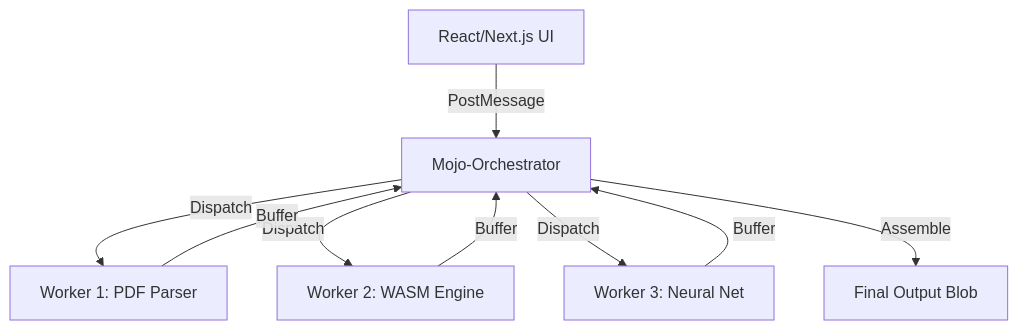
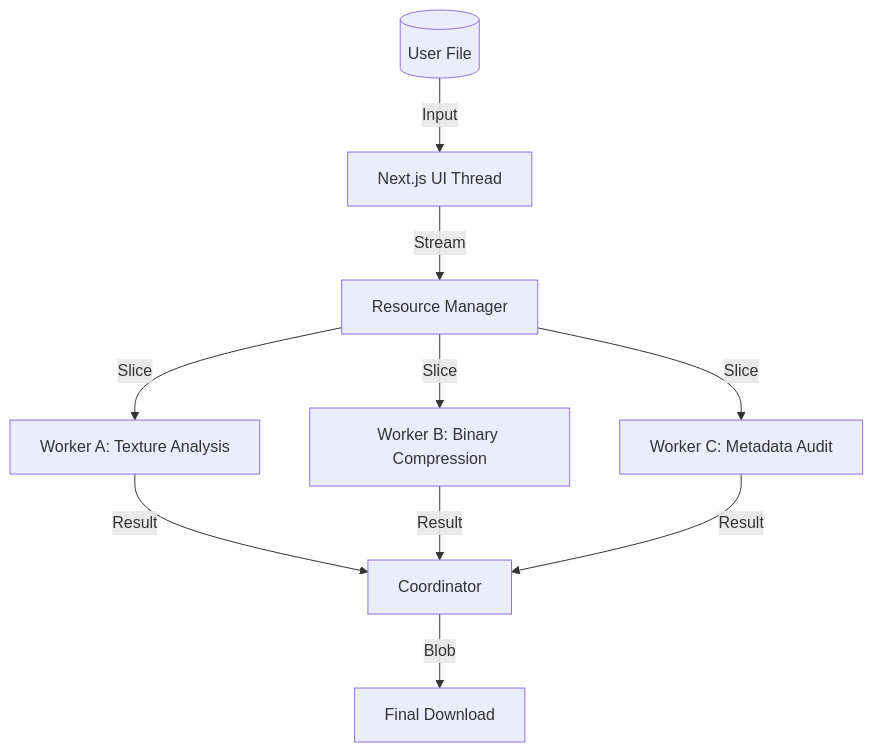
The diagram in README.md (maisachinsharmahu/mojodocs-public), drawn with Mermaid before and after one commit. The commit also changed other lines of this file, not shown here.

````diff
--- a/README.md
+++ b/README.md
@@ -43,11 +78,10 @@
 ```mermaid
 graph TD
-    UI[React/Next.js UI] -->|PostMessage| MQ[Mojo-Orchestrator]
-    MQ -->|Dispatch| W1[Worker 1: PDF Parser]
-    MQ -->|Dispatch| W2[Worker 2: WASM Engine]
-    MQ -->|Dispatch| W3[Worker 3: Neural Net]
-    W1 -->|Buffer| MQ
-    W2 -->|Buffer| MQ
-    W3 -->|Buffer| MQ
-    MQ -->|Assemble| Result[Final Output Blob]
+    User[(User File)] -->|Input| UI[Next.js UI Thread]
+    UI -->|Stream| RM[Resource Manager]
+    RM -->|Slice| W1[Worker A: Texture Analysis]
+    RM -->|Slice| W2[Worker B: Binary Compression]
+    RM -->|Slice| W3[Worker C: Metadata Audit]
+    W1 & W2 & W3 -->|Result| Co[Coordinator]
+    Co -->|Blob| DL[Final Download]
 ```
````
